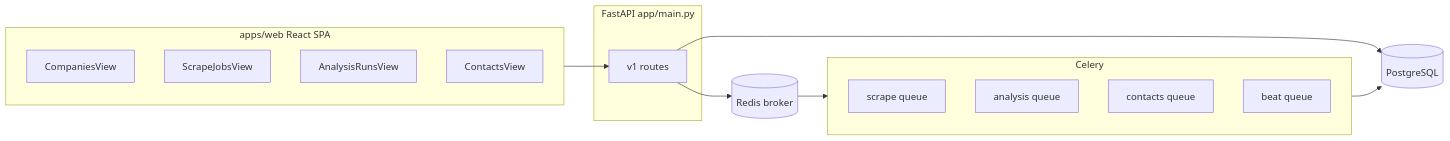
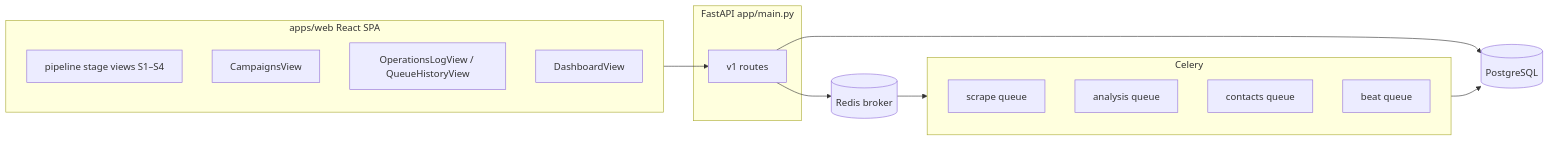
Before and after one commit to invaritech-ai/prospect-shortlisting: the diagram in docs/repository-mental-model.md, drawn with Mermaid. The commit also changed other lines of this file and 7 other files, not shown here.

````diff
--- a/docs/repository-mental-model.md
+++ b/docs/repository-mental-model.md
@@ -9,23 +9,23 @@
 ```mermaid
 flowchart LR
   subgraph ui [apps/web React SPA]
-    Companies[CompaniesView]
-    Scrape[ScrapeJobsView]
-    Analysis[AnalysisRunsView]
-    Contacts[ContactsView]
+    Pipeline[pipeline stage views S1–S4]
+    Campaigns[CampaignsView]
+    Ops[OperationsLogView / QueueHistoryView]
+    Dash[DashboardView]
   end
   subgraph api [FastAPI app/main.py]
     Routes[v1 routes]
   end
   subgraph workers [Celery]
     scrapeQ[scrape queue]
     analysisQ[analysis queue]
     contactsQ[contacts queue]
     beatQ[beat queue]
   end
   ui --> Routes
   Routes --> PG[(PostgreSQL)]
   Routes --> Redis[(Redis broker)]
   Redis --> workers
   workers --> PG
 ```
````
